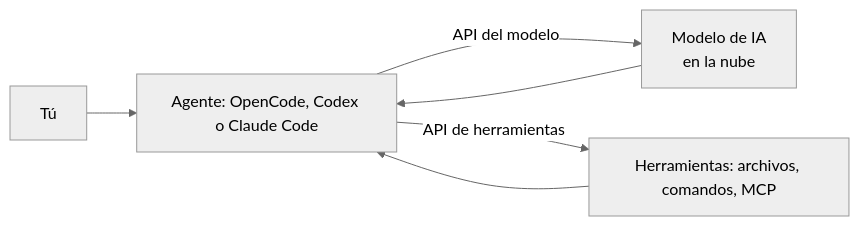
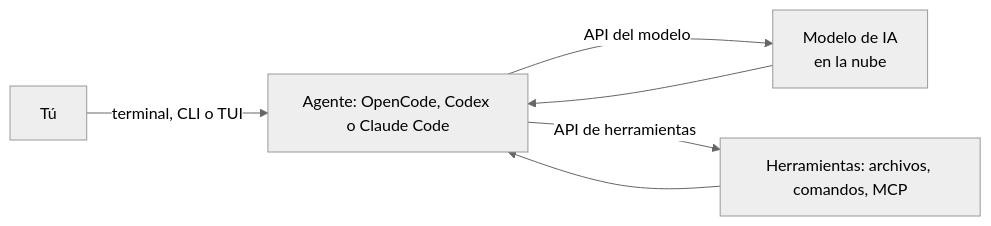
One commit to harrysxavio/gentle-ai-manual changed the sixth of 6 diagrams in src/content/docs/01-fundamentos-tecnologicos/04-frontend-backend.md. Above: the diagram before and after it, drawn with Mermaid (neutral theme). The commit also changed other lines of this file and 2 other files, not shown here.

Commit message:
docs: model process ownership and API boundaries correctly

````diff
--- a/src/content/docs/01-fundamentos-tecnologicos/04-frontend-backend.md
+++ b/src/content/docs/01-fundamentos-tecnologicos/04-frontend-backend.md
@@ -155,8 +155,8 @@
 ```mermaid
 flowchart LR
-    U["Tú"] --> A["Agente: OpenCode, Codex o Claude Code"]
+    U["Tú"] -->|"terminal, CLI o TUI"| A["Agente: OpenCode, Codex o Claude Code"]
     A -->|"API del modelo"| M["Modelo de IA<br/>en la nube"]
     A -->|"API de herramientas"| H["Herramientas: archivos, comandos, MCP"]
     M --> A
     H --> A
 ```
````
